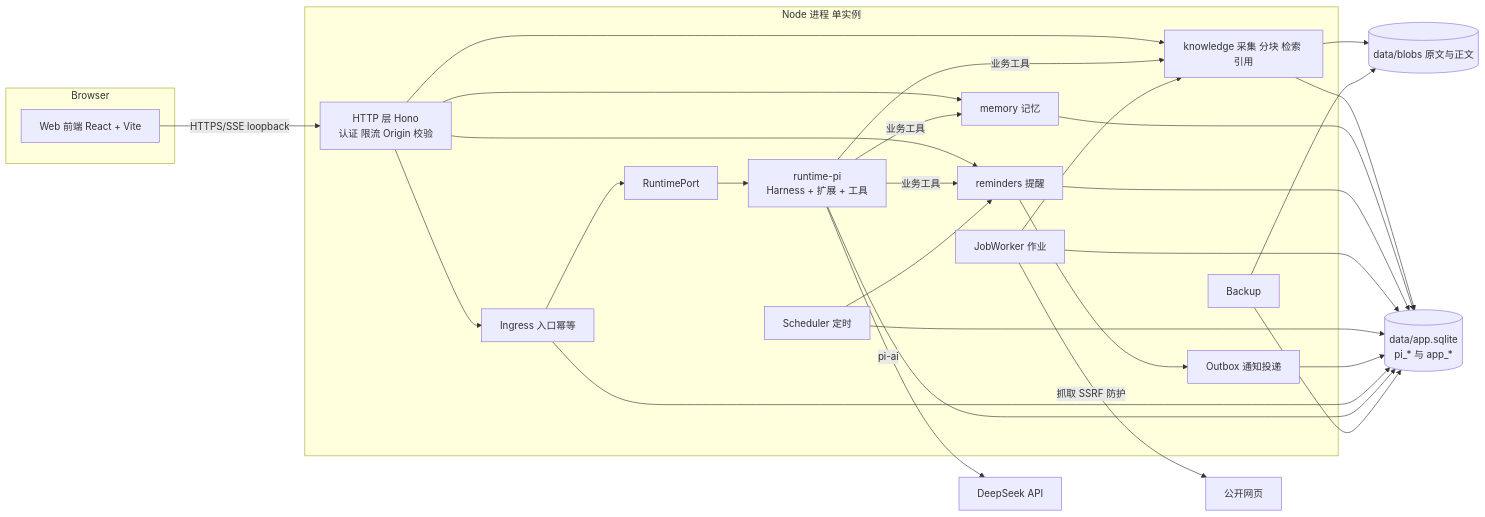
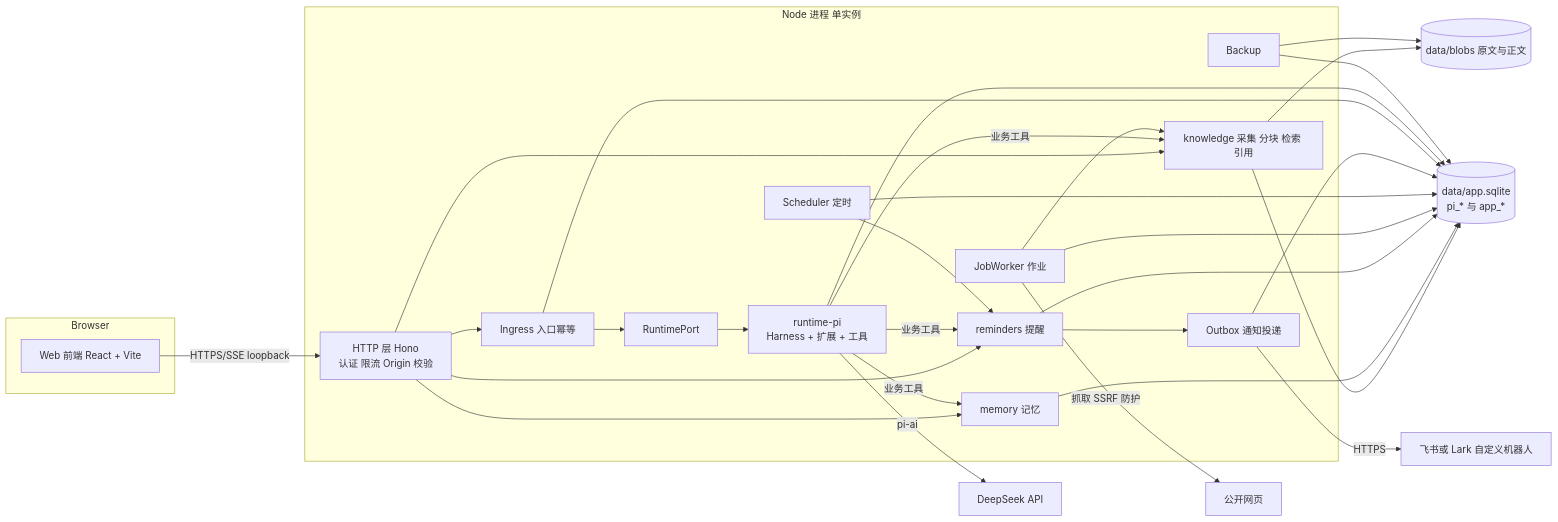
Before and after one commit to BeforeLanding/durakeep: the first of 2 diagrams in docs/03-architecture.md, drawn with Mermaid. The commit also changed other lines of this file and 36 other files, not shown here.

````diff
--- a/docs/03-architecture.md
+++ b/docs/03-architecture.md
@@ -10,36 +10,38 @@
 ```mermaid
 flowchart LR
     subgraph Browser
       W[Web 前端 React + Vite]
     end
     subgraph Process[Node 进程 单实例]
       H[HTTP 层 Hono<br/>认证 限流 Origin 校验]
       IN[Ingress 入口幂等]
       RP[RuntimePort]
       PI[runtime-pi<br/>Harness + 扩展 + 工具]
       KB[knowledge 采集 分块 检索 引用]
       MEM[memory 记忆]
       REM[reminders 提醒]
       JW[JobWorker 作业]
       SC[Scheduler 定时]
       OB[Outbox 通知投递]
       BK[Backup]
     end
     DB[(data/app.sqlite<br/>pi_* 与 app_*)]
     FS[(data/blobs 原文与正文)]
     LLM[DeepSeek API]
     WEB[公开网页]
+    FEISHU[飞书或 Lark 自定义机器人]
 
     W -- HTTPS/SSE loopback --> H
     H --> IN --> RP --> PI
     H --> KB & MEM & REM
     PI -- 业务工具 --> KB & MEM & REM
     PI -- pi-ai --> LLM
     JW -- 抓取 SSRF 防护 --> WEB
     JW --> KB
     SC --> REM --> OB
+    OB -- HTTPS --> FEISHU
     KB & MEM & REM & JW & SC & OB & IN --> DB
     PI --> DB
     KB --> FS
     BK --> DB & FS
 ```
````
